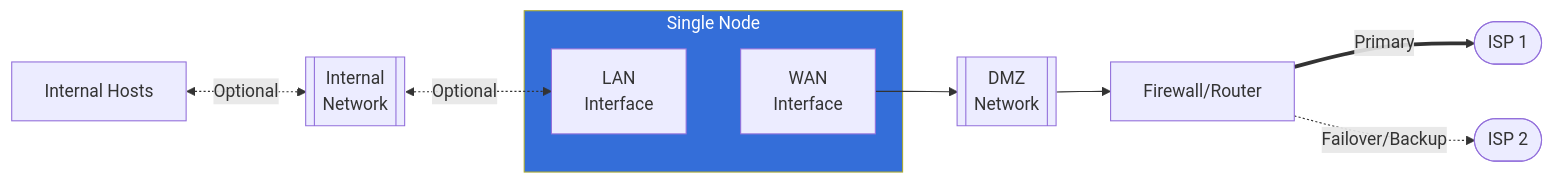
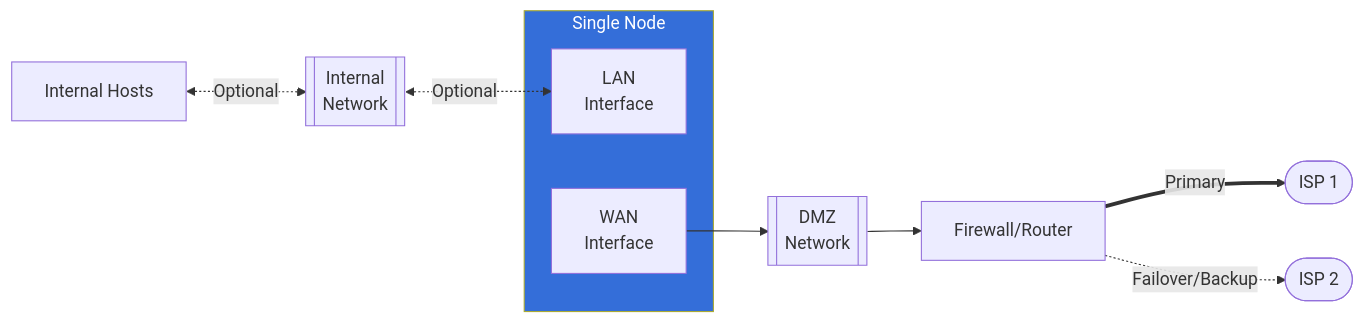
One commit to trustgrid/docs changed the first of 5 diagrams in content/en/help-center/kb/wan-redunancy/index.md. Above: the diagram before and after it, drawn with Mermaid. The commit also changed other lines of this file, not shown here.

````diff
--- a/content/en/help-center/kb/wan-redunancy/index.md
+++ b/content/en/help-center/kb/wan-redunancy/index.md
@@ -27,19 +27,18 @@
 ``` mermaid
 graph LR
     
     intHost[Internal Hosts]
     intNet[[Internal\n Network]]
     intHost <-.Optional.-> intNet <-.Optional.-> snLAN 
     subgraph sn [Single Node]
         snWAN[WAN\nInterface]
         snLAN[LAN\nInterface]
-        snLAN ~~~ snWAN
     end
     firewall["Firewall/Router"]
     dmzNet[[DMZ\n Network]]
     firewall == Primary==> ISP1([ISP 1])
     firewall -. Failover/Backup .-> ISP2([ISP 2])
     snWAN --> dmzNet --> firewall
     classDef tgnode fill:#346ed9,color:white
     class sn tgnode
 ```
````
